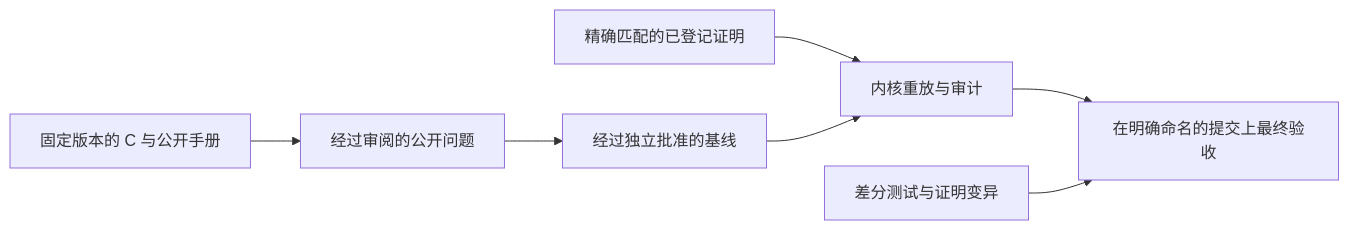
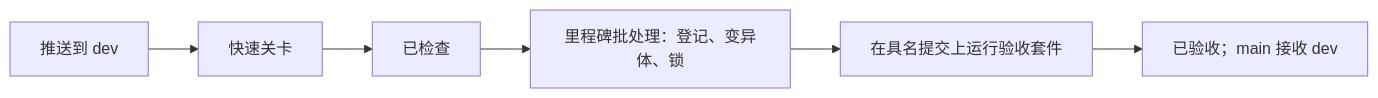
The diagram in docs/checking/README.zh.md (cla7aye15I4nd/zlib-f), drawn with Mermaid before and after one commit. The commit also changed other lines of this file and 13 other files, not shown here.

````diff
--- a/docs/checking/README.zh.md
+++ b/docs/checking/README.zh.md
@@ -27,9 +20,8 @@
 ```mermaid
 flowchart LR
-    H["固定版本的 C 与公开手册"] --> Q["经过审阅的公开问题"]
-    Q --> B["经过独立批准的基线"]
-    P["精确匹配的已登记证明"] --> K["内核重放与审计"]
-    B --> K
-    K --> F["在明确命名的提交上最终验收"]
-    T["差分测试与证明变异"] --> F
+    P["推送到 dev"] --> G["快速关卡"]
+    G --> C["已检查"]
+    C --> M["里程碑批处理：登记、变异体、锁"]
+    M --> A["在具名提交上运行验收套件"]
+    A --> R["已验收；main 接收 dev"]
 ```
````
